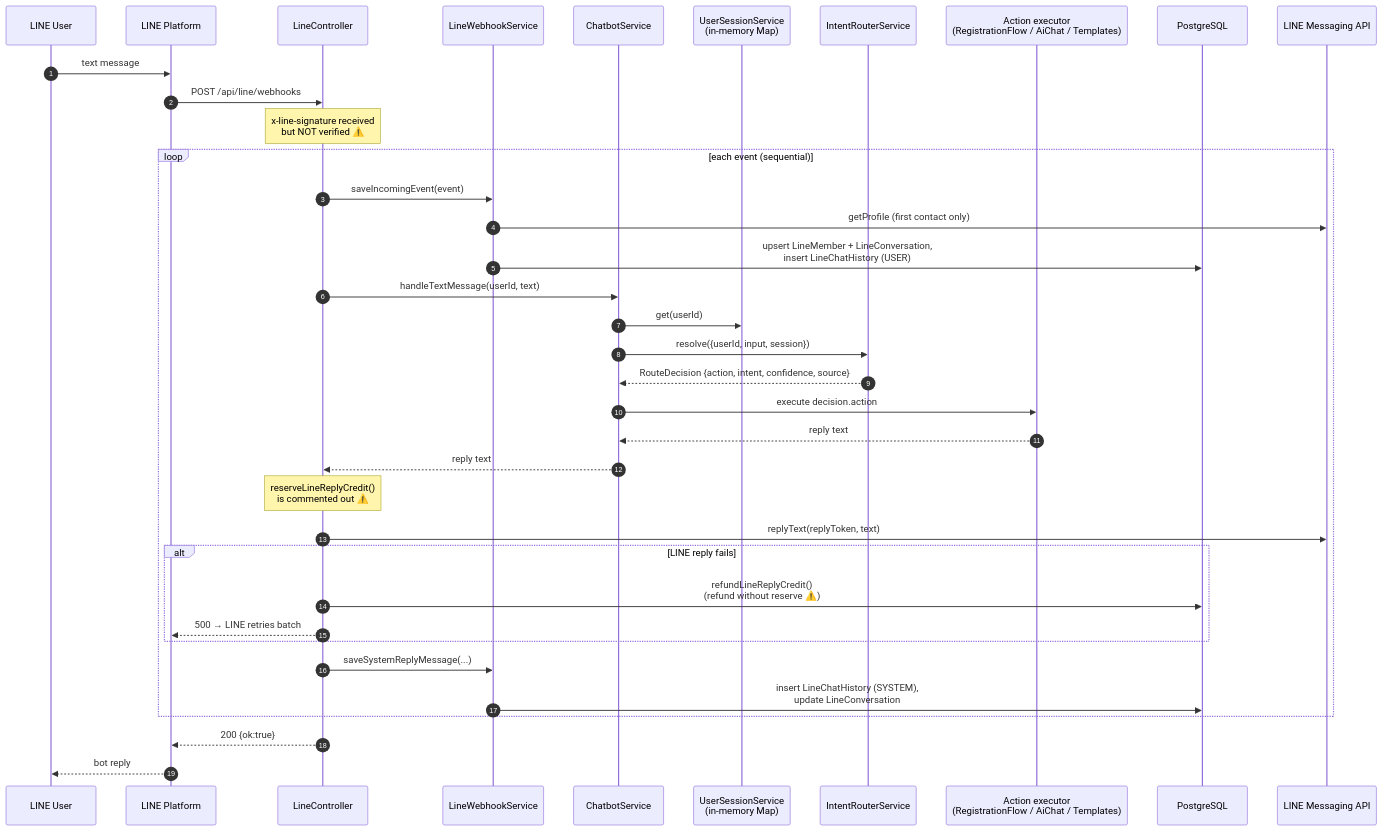
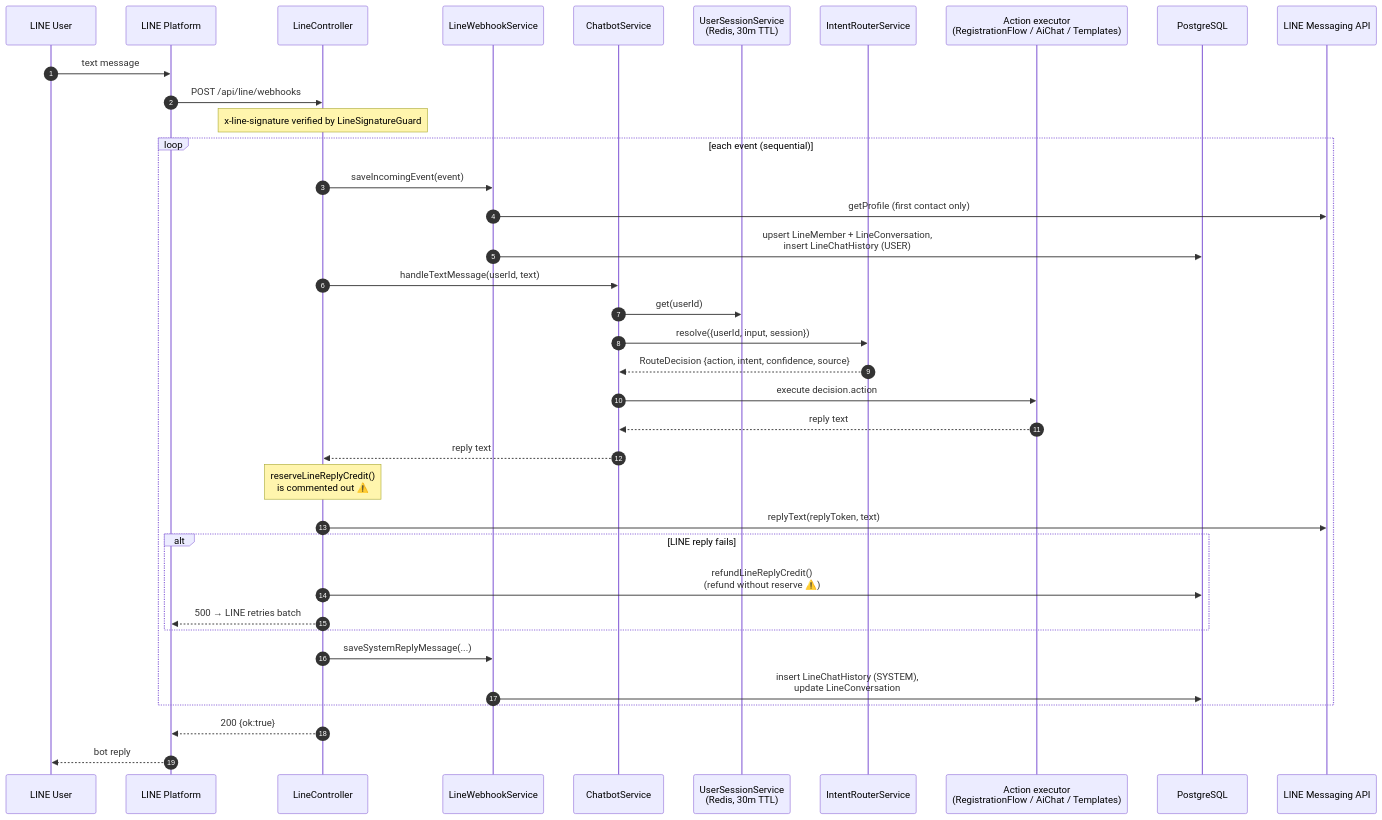
One commit to Codeine999/chatbot-agents changed the first of 7 diagrams in docs/service-flow.md. Above: the diagram before and after it, drawn with Mermaid. The commit also changed other lines of this file and 15 other files, not shown here.

````diff
--- a/docs/service-flow.md
+++ b/docs/service-flow.md
@@ -15,40 +15,40 @@
 ```mermaid
 sequenceDiagram
     autonumber
     participant U as LINE User
     participant LP as LINE Platform
     participant LC as LineController
     participant LW as LineWebhookService
     participant CB as ChatbotService
-    participant US as UserSessionService<br/>(in-memory Map)
+    participant US as UserSessionService<br/>(Redis, 30m TTL)
     participant IR as IntentRouterService
     participant EX as Action executor<br/>(RegistrationFlow / AiChat / Templates)
     participant DB as PostgreSQL
     participant LA as LINE Messaging API
 
     U->>LP: text message
     LP->>LC: POST /api/line/webhooks
-    Note over LC: x-line-signature received<br/>but NOT verified ⚠️
+    Note over LC: x-line-signature verified by LineSignatureGuard
     loop each event (sequential)
         LC->>LW: saveIncomingEvent(event)
         LW->>LA: getProfile (first contact only)
         LW->>DB: upsert LineMember + LineConversation,<br/>insert LineChatHistory (USER)
         LC->>CB: handleTextMessage(userId, text)
         CB->>US: get(userId)
         CB->>IR: resolve({userId, input, session})
         IR-->>CB: RouteDecision {action, intent, confidence, source}
         CB->>EX: execute decision.action
         EX-->>CB: reply text
         CB-->>LC: reply text
         Note over LC: reserveLineReplyCredit()<br/>is commented out ⚠️
         LC->>LA: replyText(replyToken, text)
         alt LINE reply fails
             LC->>DB: refundLineReplyCredit()<br/>(refund without reserve ⚠️)
             LC-->>LP: 500 → LINE retries batch
         end
         LC->>LW: saveSystemReplyMessage(...)
         LW->>DB: insert LineChatHistory (SYSTEM),<br/>update LineConversation
     end
     LC-->>LP: 200 {ok:true}
     LP-->>U: bot reply
 ```
````
